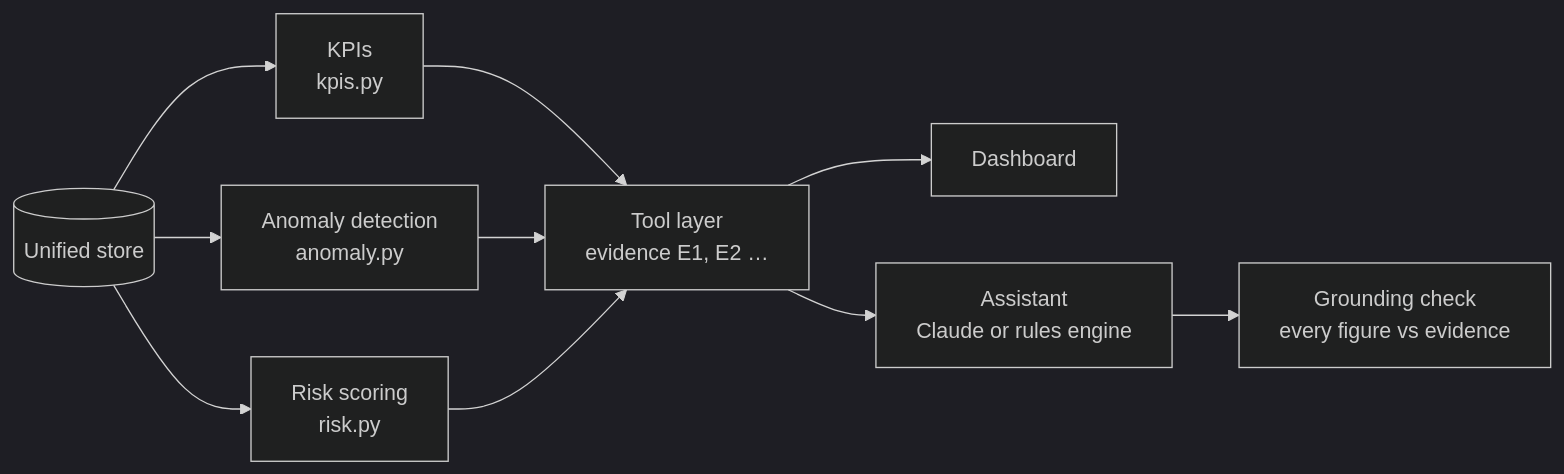
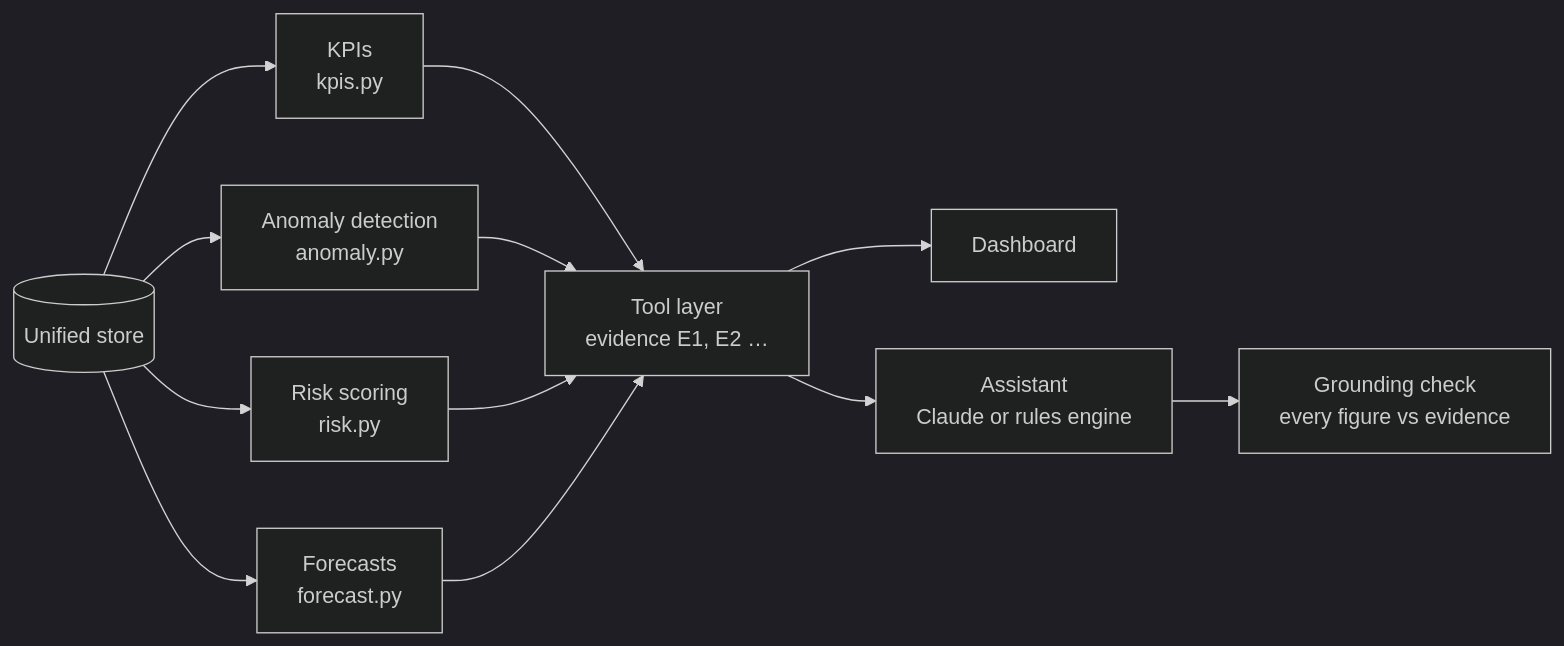
The diagram in docs/analytics.md (Temmytope-seun/opsintel), drawn with Mermaid (dark theme) before and after one commit. The commit also changed other lines of this file and 10 other files, not shown here.

````diff
--- a/docs/analytics.md
+++ b/docs/analytics.md
@@ -5,10 +5,11 @@
 ```mermaid
 flowchart LR
     S[(Unified store)] --> K[KPIs<br/>kpis.py]
     S --> A[Anomaly detection<br/>anomaly.py]
     S --> R[Risk scoring<br/>risk.py]
-    K & A & R --> T[Tool layer<br/>evidence E1, E2 …]
+    S --> F[Forecasts<br/>forecast.py]
+    K & A & R & F --> T[Tool layer<br/>evidence E1, E2 …]
     T --> D[Dashboard]
     T --> AI[Assistant<br/>Claude or rules engine]
     AI --> G[Grounding check<br/>every figure vs evidence]
 ```
````
